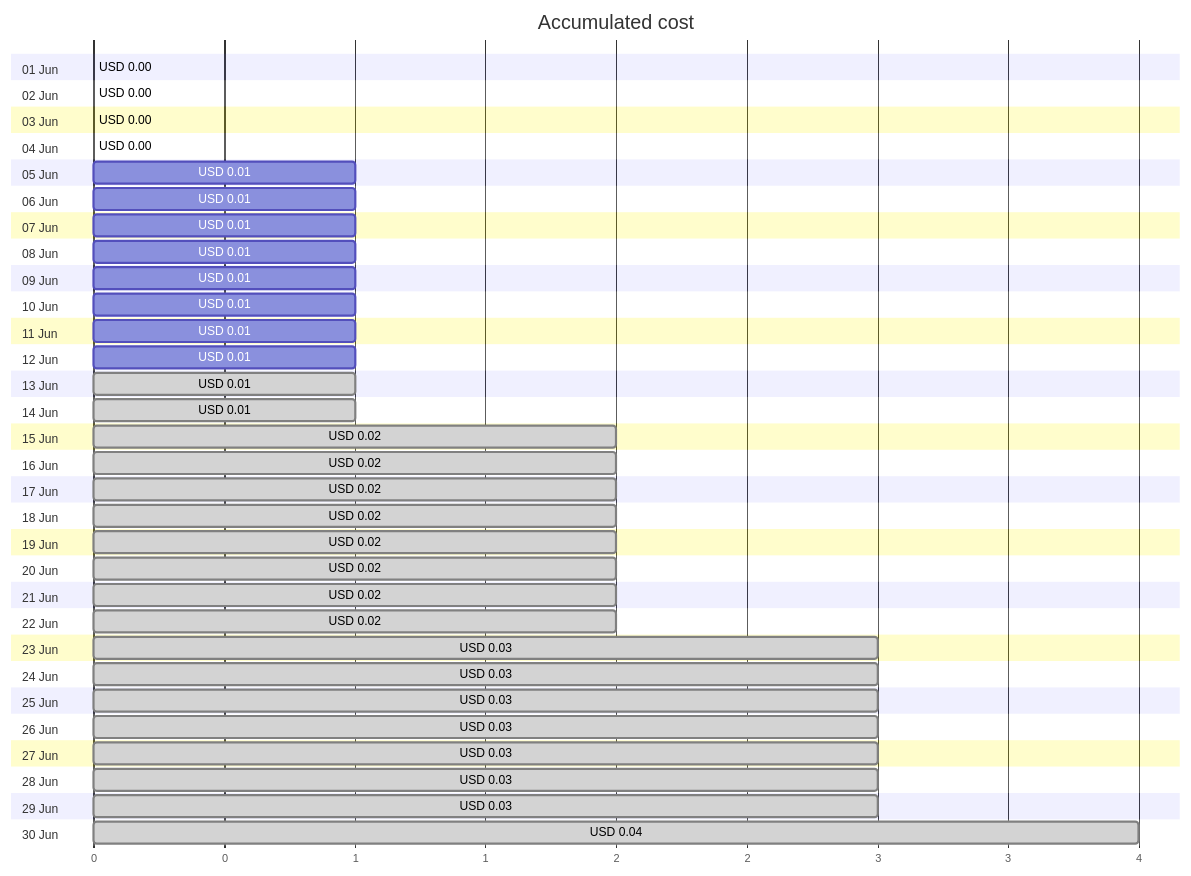
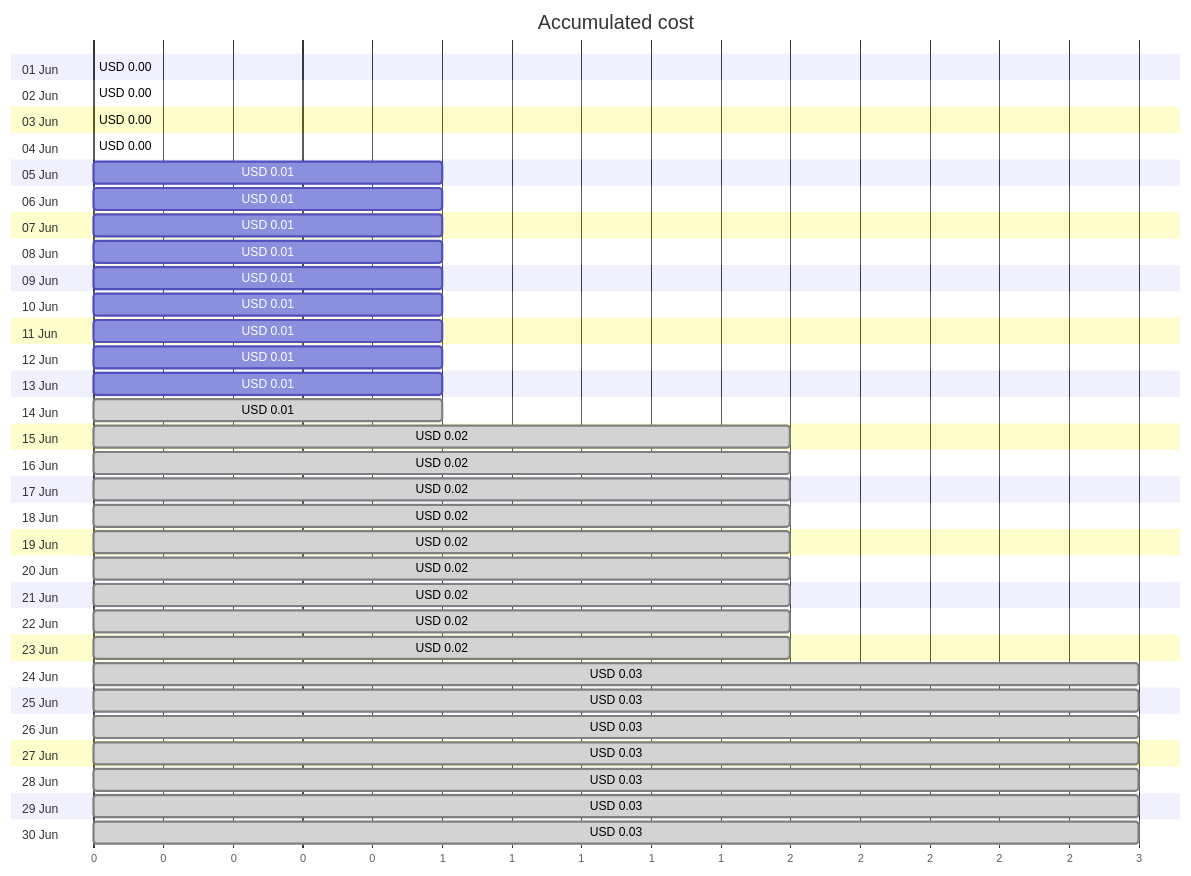
Before and after one commit to jpfulton/azure-personal-reports: the first of 4 diagrams in cost-reports/personal-site/personalsiteapipreview.md, drawn with Mermaid. The commit also changed other lines of this file and 6 other files, not shown here.

````diff
--- a/cost-reports/personal-site/personalsiteapipreview.md
+++ b/cost-reports/personal-site/personalsiteapipreview.md
@@ -20,66 +20,66 @@
 ```mermaid
 gantt
    title Accumulated cost
    dateFormat  X
    axisFormat %s
    section 01 Jun
    USD 0.00 :0, 0
    section 02 Jun
    USD 0.00 :0, 0
    section 03 Jun
    USD 0.00 :0, 0
    section 04 Jun
    USD 0.00 :0, 0
    section 05 Jun
    USD 0.01 :0, 1
    section 06 Jun
    USD 0.01 :0, 1
    section 07 Jun
    USD 0.01 :0, 1
    section 08 Jun
    USD 0.01 :0, 1
    section 09 Jun
    USD 0.01 :0, 1
    section 10 Jun
    USD 0.01 :0, 1
    section 11 Jun
    USD 0.01 :0, 1
    section 12 Jun
    USD 0.01 :0, 1
    section 13 Jun
-   USD 0.01 : done, 0, 1
+   USD 0.01 :0, 1
    section 14 Jun
    USD 0.01 : done, 0, 1
    section 15 Jun
    USD 0.02 : done, 0, 2
    section 16 Jun
    USD 0.02 : done, 0, 2
    section 17 Jun
    USD 0.02 : done, 0, 2
    section 18 Jun
    USD 0.02 : done, 0, 2
    section 19 Jun
    USD 0.02 : done, 0, 2
    section 20 Jun
    USD 0.02 : done, 0, 2
    section 21 Jun
    USD 0.02 : done, 0, 2
    section 22 Jun
    USD 0.02 : done, 0, 2
    section 23 Jun
-   USD 0.03 : done, 0, 3
+   USD 0.02 : done, 0, 2
    section 24 Jun
    USD 0.03 : done, 0, 3
    section 25 Jun
    USD 0.03 : done, 0, 3
    section 26 Jun
    USD 0.03 : done, 0, 3
    section 27 Jun
    USD 0.03 : done, 0, 3
    section 28 Jun
    USD 0.03 : done, 0, 3
    section 29 Jun
    USD 0.03 : done, 0, 3
    section 30 Jun
-   USD 0.04 : done, 0, 4
+   USD 0.03 : done, 0, 3
 ```
````
